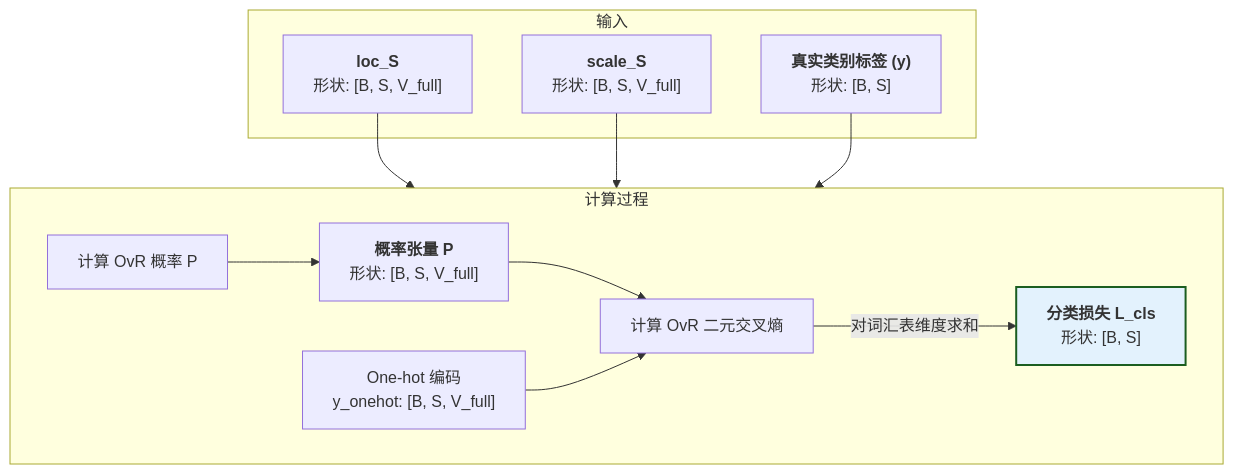
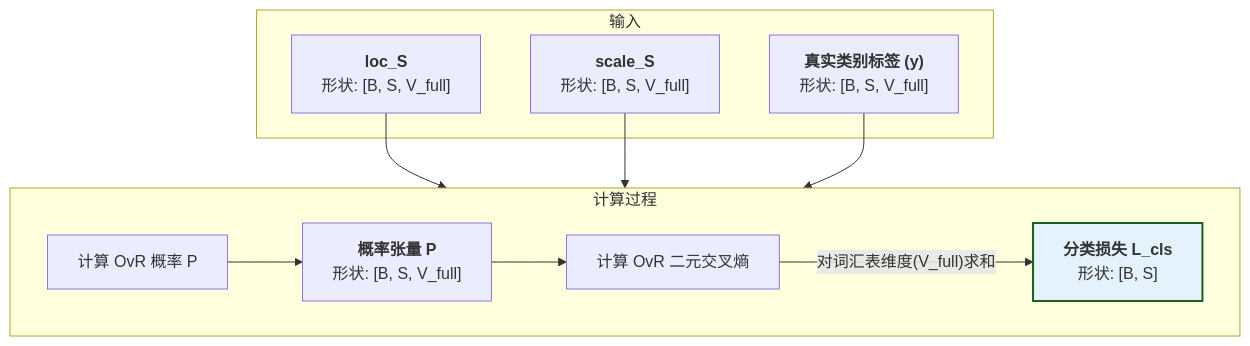
The seventh of 9 diagrams in docs/mathematical_foundations.md (1587causalai/CausalQwen), drawn with Mermaid before and after one commit. The commit also changed other lines of this file and 1 other file, not shown here.

````diff
--- a/docs/mathematical_foundations.md
+++ b/docs/mathematical_foundations.md
@@ -178,23 +601,22 @@
 ```mermaid
 graph TD
     subgraph "输入"
         A["<b>loc_S</b><br>形状: [B, S, V_full]"]
         B["<b>scale_S</b><br>形状: [B, S, V_full]"]
-        C["<b>真实类别标签 (y)</b><br>形状: [B, S]"]
+        C["<b>真实类别标签 (y)</b><br>形状: [B, S, V_full]"]
     end
 
     D[计算 OvR 概率 P]
     A & B --> D
     
     subgraph "计算过程"
         direction LR
         D --> E["<b>概率张量 P</b><br>形状: [B, S, V_full]"]
-        C --> F["One-hot 编码<br>y_onehot: [B, S, V_full]"]
-        E & F --> G["计算 OvR 二元交叉熵"]
-        G -- "对词汇表维度求和" --> H
+        E & C --> F["计算 OvR 二元交叉熵"]
+        F -- "对词汇表维度(V_full)求和" --> G
     end
 
-    H["<b>分类损失 L_cls</b><br>形状: [B, S]"]
+    G["<b>分类损失 L_cls</b><br>形状: [B, S]"]
     
-    style H fill:#e3f2fd,stroke:#1b5e20,stroke-width:2px
+    style G fill:#e3f2fd,stroke:#1b5e20,stroke-width:2px
 ```
````
